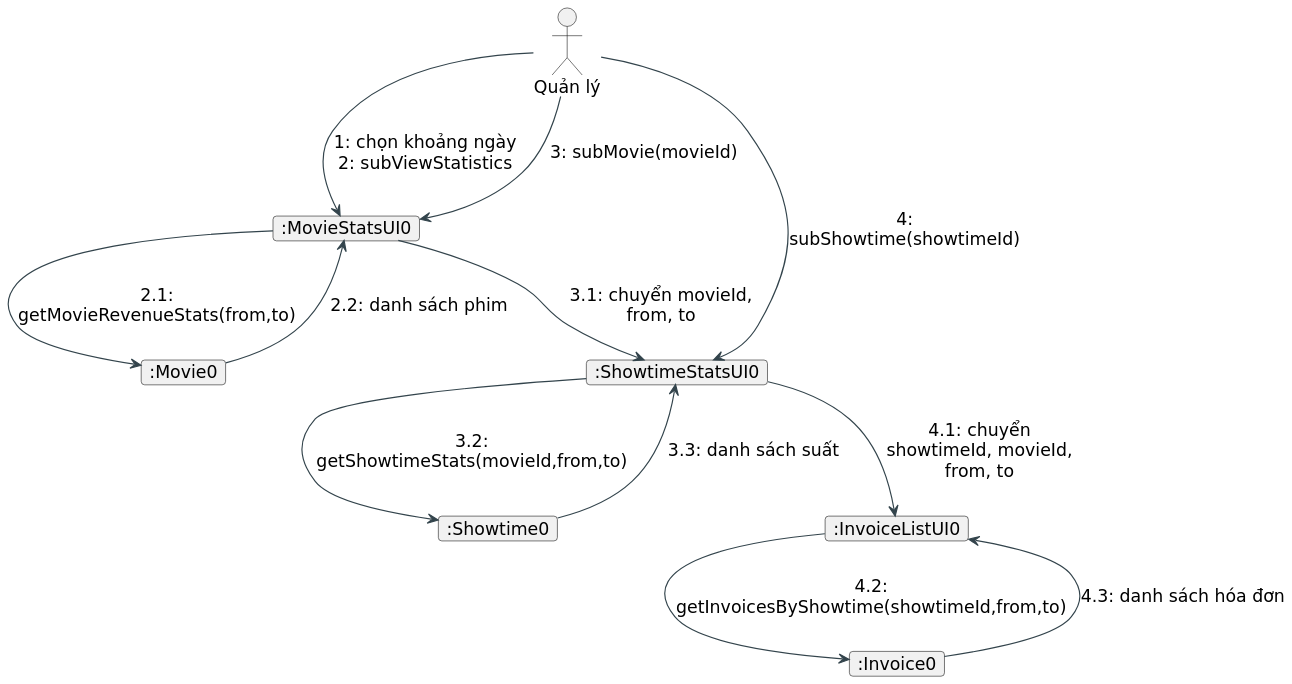
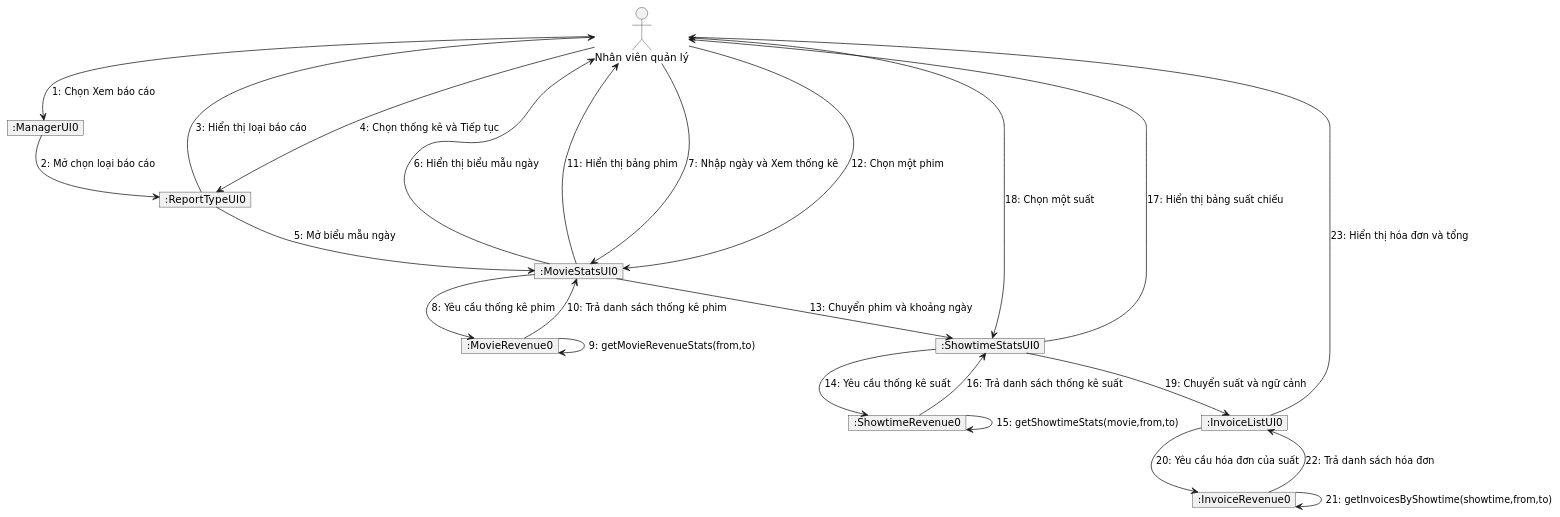
One commit to tinhatinh/PTTK changed the diagram in uml/phan-tich/06-revenue-communication.puml. Above: the diagram before and after it, drawn with PlantUML. The commit also changed 66 other files, not shown here.

Commit message:
Align final report with LibMan phases and rebuild analysis UML

```diff
--- a/uml/phan-tich/06-revenue-communication.puml
+++ b/uml/phan-tich/06-revenue-communication.puml
@@ -1,34 +1,39 @@
 @startuml 06-revenue-communication
 skinparam defaultFontName DejaVu Sans
-skinparam defaultFontSize 15
 skinparam shadowing false
-skinparam backgroundColor white
-skinparam ArrowColor #33444C
-skinparam classBackgroundColor #F8FBFB
-skinparam classBorderColor #335D64
-skinparam packageBorderColor #60757D
-skinparam roundcorner 6
-skinparam dpi 150
-skinparam maxMessageSize 180
+skinparam classAttributeIconSize 0
 hide empty members
 allowmixing
-top to bottom direction
-actor "Quản lý" as A
-object ":MovieStatsUI0" as UI
-object ":Movie0" as M
-object ":ShowtimeStatsUI0" as SU
-object ":Showtime0" as S
-object ":InvoiceListUI0" as IU
-object ":Invoice0" as I
-A --> UI : 1: chọn khoảng ngày\n2: subViewStatistics
-UI --> M : 2.1: getMovieRevenueStats(from,to)
-M --> UI : 2.2: danh sách phim
-A --> UI : 3: subMovie(movieId)
-UI --> SU : 3.1: chuyển movieId, from, to
-SU --> S : 3.2: getShowtimeStats(movieId,from,to)
-S --> SU : 3.3: danh sách suất
-A --> SU : 4: subShowtime(showtimeId)
-SU --> IU : 4.1: chuyển showtimeId, movieId, from, to
-IU --> I : 4.2: getInvoicesByShowtime(showtimeId,from,to)
-I --> IU : 4.3: danh sách hóa đơn
+actor "Nhân viên quản lý" as A
+object ":ManagerUI0" as H
+object ":ReportTypeUI0" as T
+object ":MovieStatsUI0" as M
+object ":ShowtimeStatsUI0" as S
+object ":InvoiceListUI0" as I
+object ":MovieRevenue0" as MS
+object ":ShowtimeRevenue0" as SS
+object ":InvoiceRevenue0" as IS
+A --> H : 1: Chọn Xem báo cáo
+H --> T : 2: Mở chọn loại báo cáo
+T --> A : 3: Hiển thị loại báo cáo
+A --> T : 4: Chọn thống kê và Tiếp tục
+T --> M : 5: Mở biểu mẫu ngày
+M --> A : 6: Hiển thị biểu mẫu ngày
+A --> M : 7: Nhập ngày và Xem thống kê
+M --> MS : 8: Yêu cầu thống kê phim
+MS --> MS : 9: getMovieRevenueStats(from,to)
+MS --> M : 10: Trả danh sách thống kê phim
+M --> A : 11: Hiển thị bảng phim
+A --> M : 12: Chọn một phim
+M --> S : 13: Chuyển phim và khoảng ngày
+S --> SS : 14: Yêu cầu thống kê suất
+SS --> SS : 15: getShowtimeStats(movie,from,to)
+SS --> S : 16: Trả danh sách thống kê suất
+S --> A : 17: Hiển thị bảng suất chiếu
+A --> S : 18: Chọn một suất
+S --> I : 19: Chuyển suất và ngữ cảnh
+I --> IS : 20: Yêu cầu hóa đơn của suất
+IS --> IS : 21: getInvoicesByShowtime(showtime,from,to)
+IS --> I : 22: Trả danh sách hóa đơn
+I --> A : 23: Hiển thị hóa đơn và tổng
 @enduml
```
